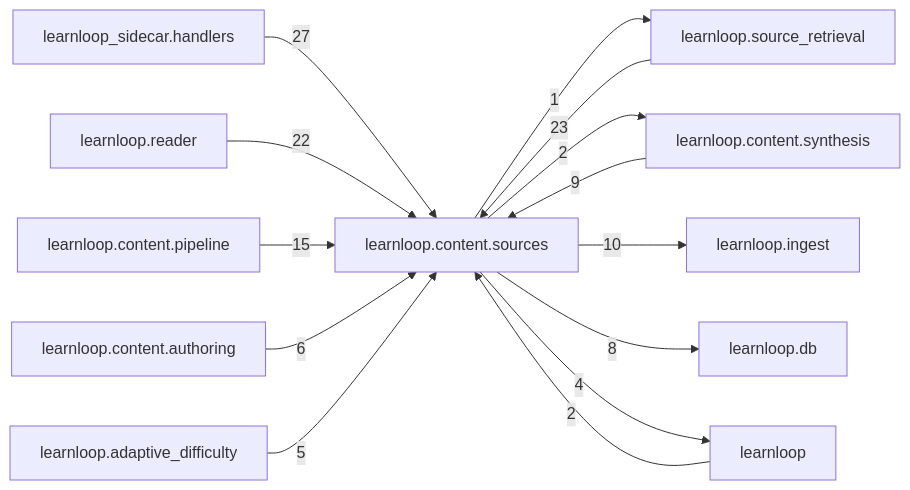
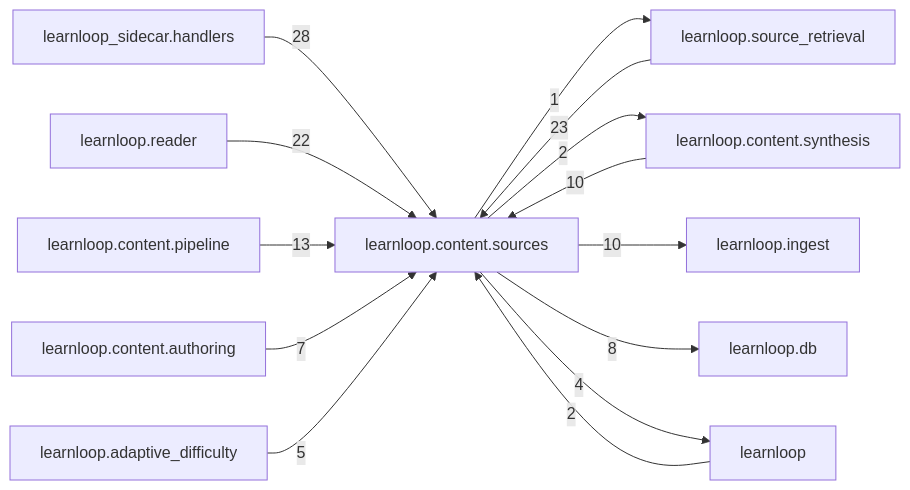
Before and after one commit to 6up-b/learnanything: the diagram in docs/learnloop-architecture-vault/Reference/Modules/learnloop/content/sources/_package.md, drawn with Mermaid. The commit also changed other lines of this file and 315 other files, not shown here.

````diff
--- a/docs/learnloop-architecture-vault/Reference/Modules/learnloop/content/sources/_package.md
+++ b/docs/learnloop-architecture-vault/Reference/Modules/learnloop/content/sources/_package.md
@@ -127,27 +127,27 @@
 ```mermaid
 flowchart LR
     center["learnloop.content.sources"]
     n_learnloop_sidecar_handlers["learnloop_sidecar.handlers"]
     n_learnloop_source_retrieval["learnloop.source_retrieval"]
     n_learnloop_reader["learnloop.reader"]
     n_learnloop_content_pipeline["learnloop.content.pipeline"]
     n_learnloop_content_synthesis["learnloop.content.synthesis"]
     n_learnloop_ingest["learnloop.ingest"]
     n_learnloop_db["learnloop.db"]
+    n_learnloop_content_authoring["learnloop.content.authoring"]
     n_learnloop["learnloop"]
-    n_learnloop_content_authoring["learnloop.content.authoring"]
     n_learnloop_adaptive_difficulty["learnloop.adaptive_difficulty"]
-    n_learnloop_sidecar_handlers -->|27| center
+    n_learnloop_sidecar_handlers -->|28| center
     n_learnloop_source_retrieval -->|23| center
     center -->|1| n_learnloop_source_retrieval
     n_learnloop_reader -->|22| center
-    n_learnloop_content_pipeline -->|15| center
-    n_learnloop_content_synthesis -->|9| center
+    n_learnloop_content_pipeline -->|13| center
+    n_learnloop_content_synthesis -->|10| center
     center -->|2| n_learnloop_content_synthesis
     center -->|10| n_learnloop_ingest
     center -->|8| n_learnloop_db
+    n_learnloop_content_authoring -->|7| center
     n_learnloop -->|2| center
     center -->|4| n_learnloop
-    n_learnloop_content_authoring -->|6| center
     n_learnloop_adaptive_difficulty -->|5| center
 ```
````
